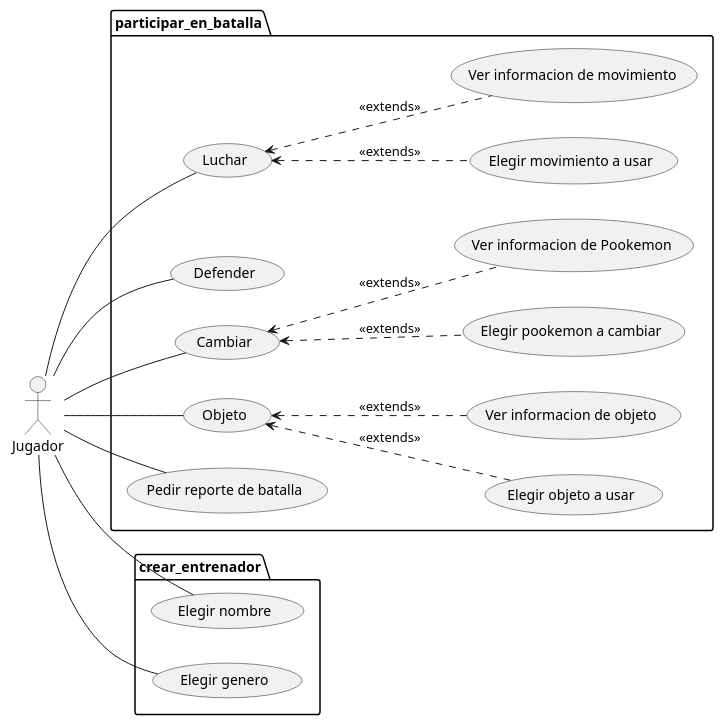
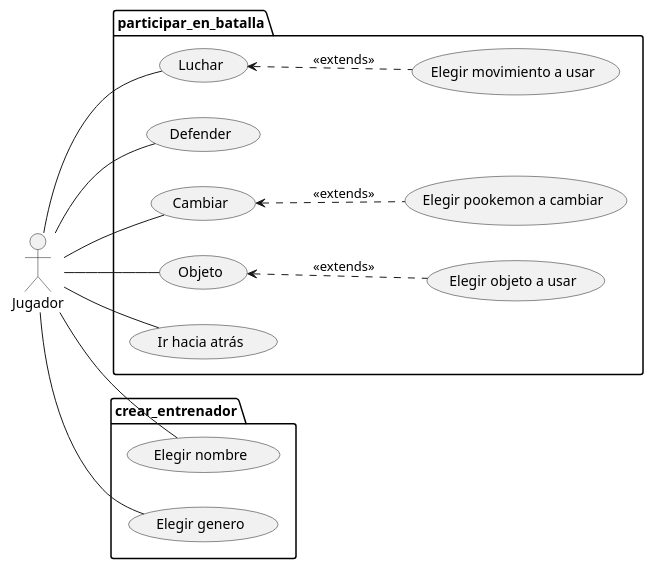
Before and after one commit to Edmh1/Poo-Kemon-proyecto: the diagram in 5 diagramas de casos de uso/Jugador.plantuml, drawn with PlantUML. The commit also changed 1 other file, not shown here.

Commit message:
Diagrama de uso Jugador - Organizador Listo

```diff
--- a/5 diagramas de casos de uso/Jugador.plantuml
+++ b/5 diagramas de casos de uso/Jugador.plantuml
@@ -1,41 +1,35 @@
 @startuml Jugador
 
 left to right direction
 
 actor Jugador
 
 package participar_en_batalla{
     usecase "Luchar" as luc
     usecase "Defender" as def
     usecase "Cambiar" as cam 
     usecase "Objeto" as obj
     usecase "Elegir movimiento a usar" as eleMov
-    usecase "Ver informacion de movimiento" as verInfMov
     usecase "Elegir pookemon a cambiar" as elePoo
-    usecase "Ver informacion de Pookemon" as verInfPoo
     usecase "Elegir objeto a usar" as eleObj
-    usecase "Ver informacion de objeto" as verInfObj
-    usecase "Pedir reporte de batalla" as pedRepBat
+    usecase "Ir hacia atrás" as back
 }
 
 Jugador -- obj
 obj <.. eleObj: <<extends>>
-obj <.. verInfObj : <<extends>>
 Jugador -- cam
 cam <.. elePoo : <<extends>>
-cam <.. verInfPoo : <<extends>>
 Jugador -- luc
 luc <.. eleMov : <<extends>>
-luc <.. verInfMov : <<extends>>
 Jugador -- def
-Jugador -- pedRepBat
+Jugador -- back
 
 package crear_entrenador{
     usecase "Elegir nombre" as eleNom
     usecase "Elegir genero" as eleGen
 }
 
 Jugador -- eleNom
 Jugador -- eleGen
 
 @enduml
```
